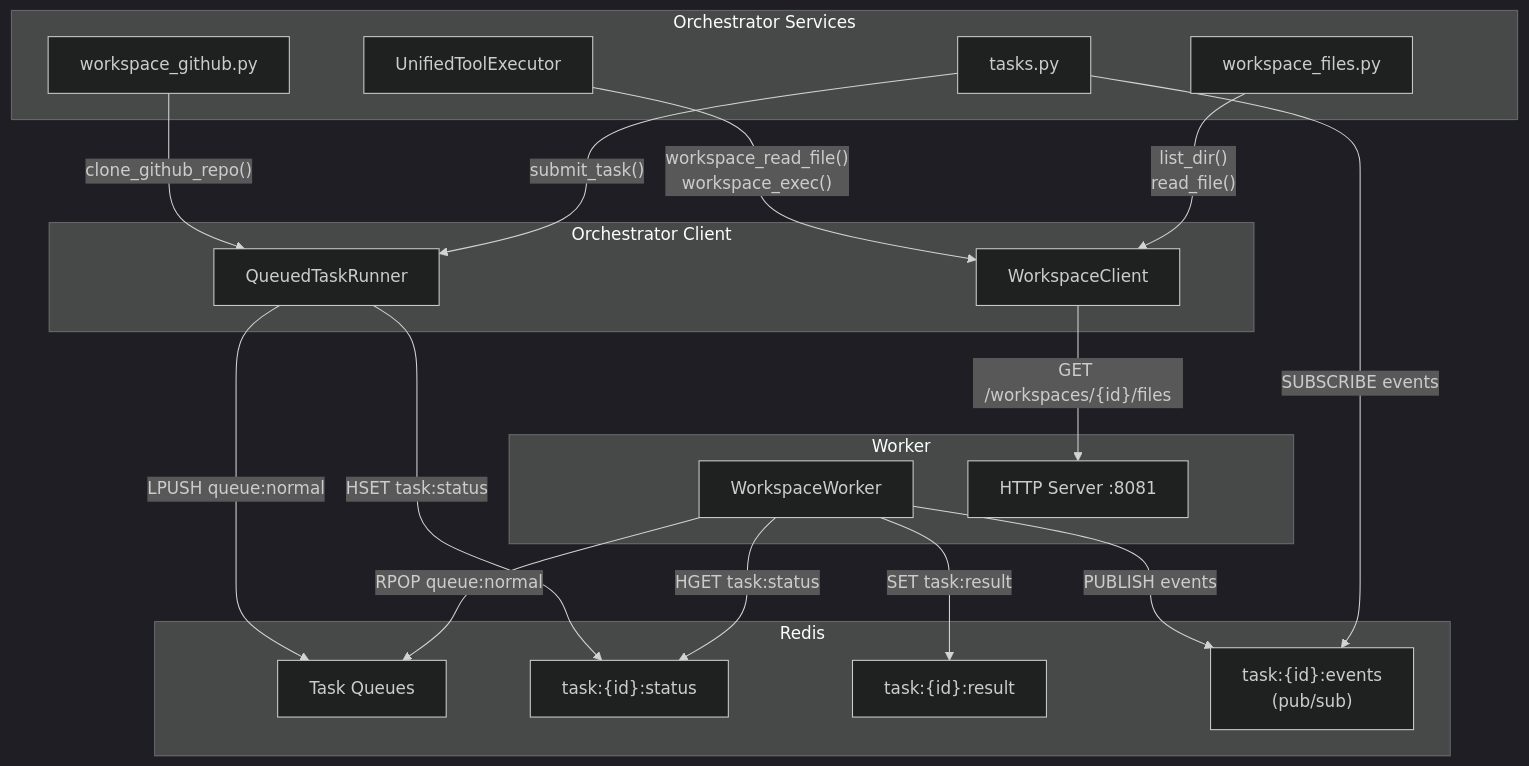
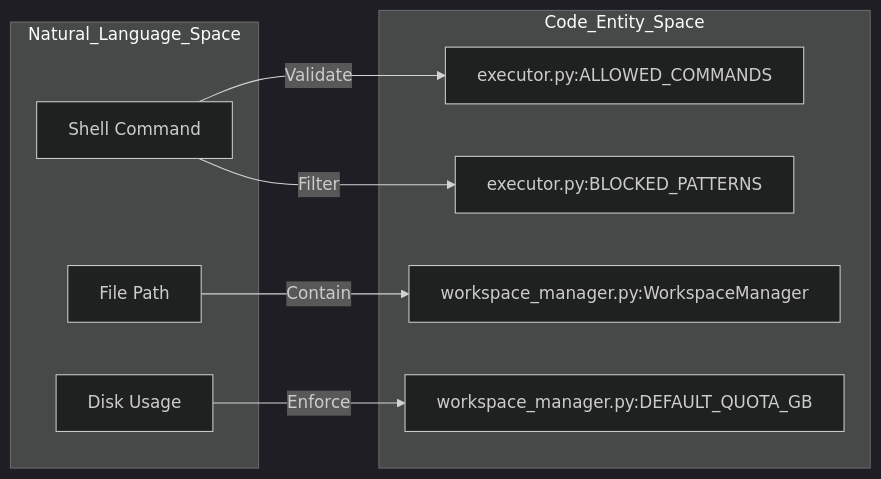
The second of 3 diagrams in docs/workspace-execution/workspace-worker-architecture.md (AutomatosAI/automatos-ai), drawn with Mermaid (dark theme) before and after one commit. The commit also changed other lines of this file and 149 other files, not shown here.

Commit message:
docs: refresh documentation with graphify semantic scan

````diff
--- a/docs/workspace-execution/workspace-worker-architecture.md
+++ b/docs/workspace-execution/workspace-worker-architecture.md
@@ -559,42 +93,15 @@
 ```mermaid
-graph TB
-    subgraph "Orchestrator Services"
-        UnifiedExec["UnifiedToolExecutor"]
-        FilesAPI["workspace_files.py"]
-        GithubAPI["workspace_github.py"]
-        TasksAPI["tasks.py"]
-    end
-    
-    subgraph "Orchestrator Client"
-        WsClient["WorkspaceClient"]
-        TaskRunner["QueuedTaskRunner"]
-    end
-    
-    subgraph "Redis"
-        Queue["Task Queues"]
-        Status["task:{id}:status"]
-        Result["task:{id}:result"]
-        Events["task:{id}:events<br/>(pub/sub)"]
-    end
-    
-    subgraph "Worker"
-        Consumer["WorkspaceWorker"]
-        HttpServer["HTTP Server :8081"]
-    end
-    
-    UnifiedExec -->|"workspace_read_file()<br/>workspace_exec()"| WsClient
-    FilesAPI -->|"list_dir()<br/>read_file()"| WsClient
-    GithubAPI -->|"clone_github_repo()"| TaskRunner
-    TasksAPI -->|"submit_task()"| TaskRunner
-    
-    WsClient -->|"GET /workspaces/{id}/files"| HttpServer
-    TaskRunner -->|"LPUSH queue:normal"| Queue
-    TaskRunner -->|"HSET task:status"| Status
-    
-    Consumer -->|"RPOP queue:normal"| Queue
-    Consumer -->|"HGET task:status"| Status
-    Consumer -->|"SET task:result"| Result
-    Consumer -->|"PUBLISH events"| Events
-    
-    TasksAPI -->|"SUBSCRIBE events"| Events
+graph LR
+  subgraph "Natural_Language_Space"
+    CMD["Shell Command"]
+    PTH["File Path"]
+    USE["Disk Usage"]
+  end
+
+  subgraph "Code_Entity_Space"
+    CMD -->|"Validate"| V["executor.py:ALLOWED_COMMANDS"]
+    CMD -->|"Filter"| B["executor.py:BLOCKED_PATTERNS"]
+    PTH -->|"Contain"| S["workspace_manager.py:WorkspaceManager"]
+    USE -->|"Enforce"| Q["workspace_manager.py:DEFAULT_QUOTA_GB"]
+  end
 ```
````
